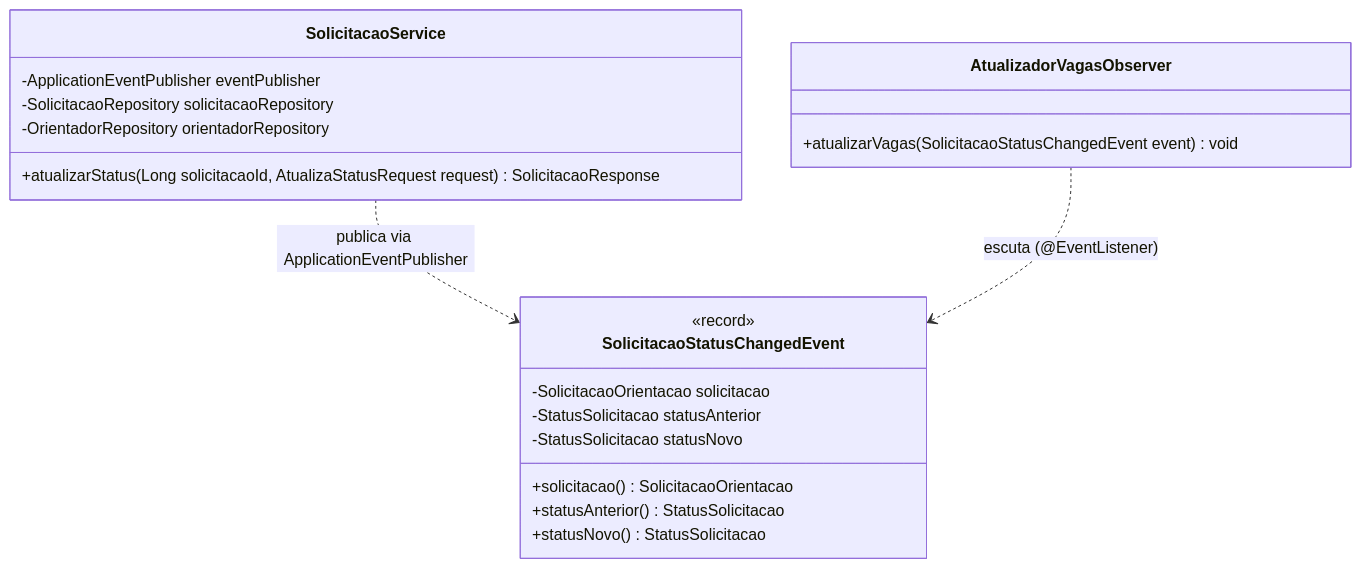
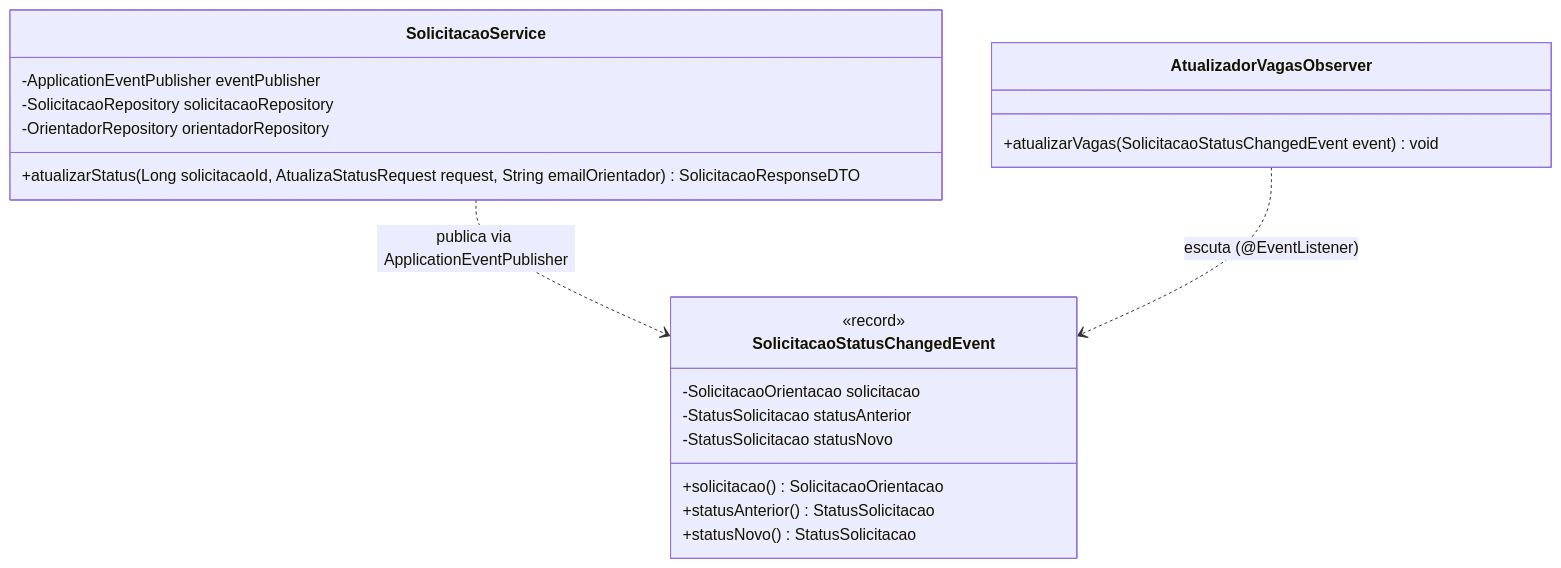
One commit to IFSC-ES2/es2-2026_2-equipe-3 changed the second of 3 diagrams in docs/PADROES-DE-PROJETO.md. Above: the diagram before and after it, drawn with Mermaid. The commit also changed other lines of this file and 1 other file, not shown here.

````diff
--- a/docs/PADROES-DE-PROJETO.md
+++ b/docs/PADROES-DE-PROJETO.md
@@ -325,28 +277,28 @@
 ```mermaid
 classDiagram
     direction TB
 
     class SolicitacaoService {
         -ApplicationEventPublisher eventPublisher
         -SolicitacaoRepository solicitacaoRepository
         -OrientadorRepository orientadorRepository
-        +atualizarStatus(Long solicitacaoId, AtualizaStatusRequest request) SolicitacaoResponse
+        +atualizarStatus(Long solicitacaoId, AtualizaStatusRequest request, String emailOrientador) SolicitacaoResponseDTO
     }
 
     class SolicitacaoStatusChangedEvent {
         <<record>>
         -SolicitacaoOrientacao solicitacao
         -StatusSolicitacao statusAnterior
         -StatusSolicitacao statusNovo
         +solicitacao() SolicitacaoOrientacao
         +statusAnterior() StatusSolicitacao
         +statusNovo() StatusSolicitacao
     }
 
     class AtualizadorVagasObserver {
         +atualizarVagas(SolicitacaoStatusChangedEvent event) void
     }
 
     SolicitacaoService ..> SolicitacaoStatusChangedEvent : publica via ApplicationEventPublisher
     AtualizadorVagasObserver ..> SolicitacaoStatusChangedEvent : escuta (@EventListener)
 ```
````
